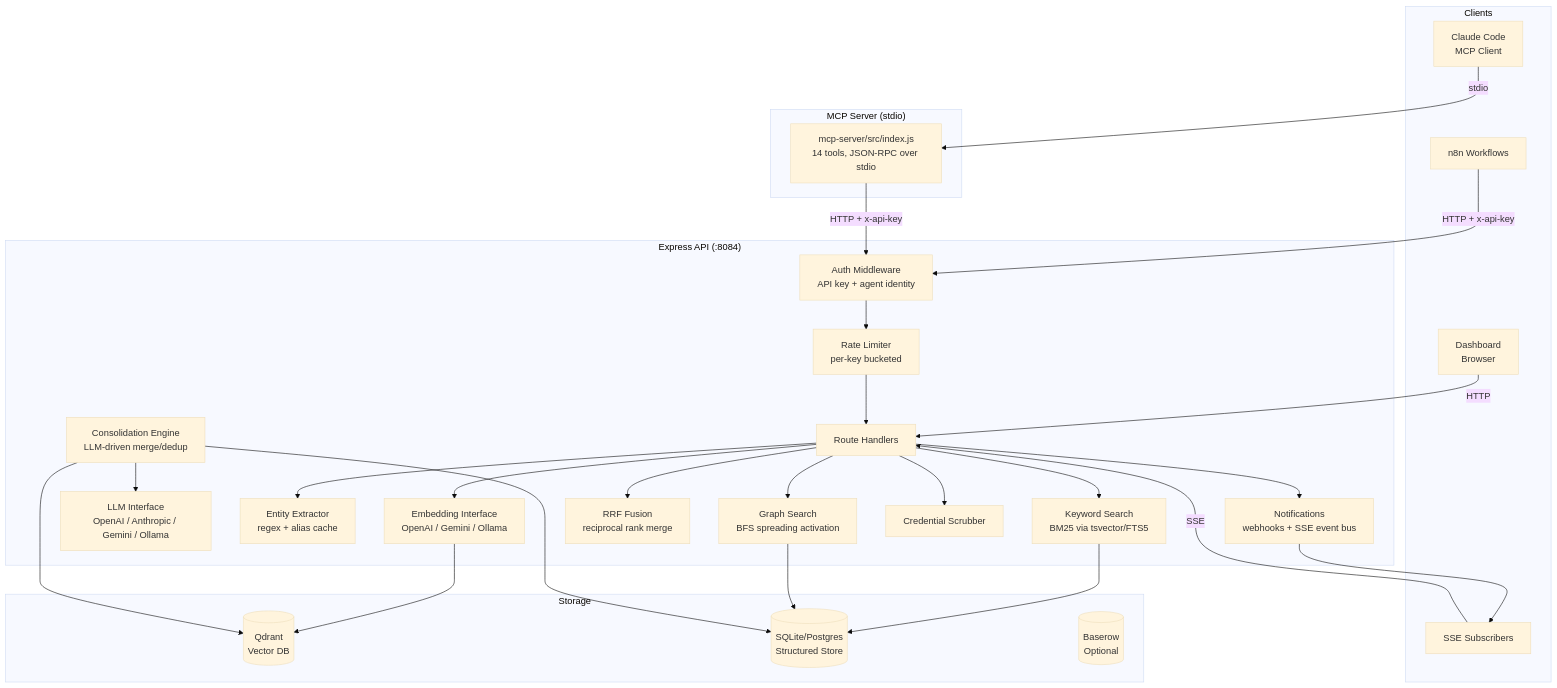
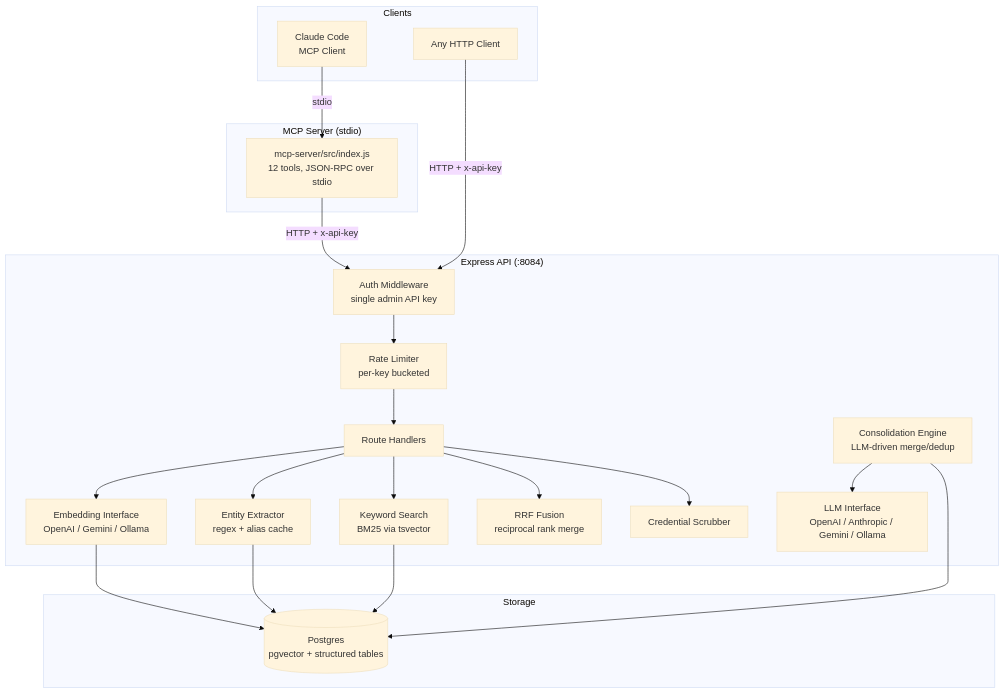
The first of 4 diagrams in docs/architecture.md (ZenSystemAI/Zengram), drawn with Mermaid (base theme) before and after one commit. The commit also changed other lines of this file and 14 other files, not shown here.

````diff
--- a/docs/architecture.md
+++ b/docs/architecture.md
@@ -7,52 +7,41 @@
 ```mermaid
 graph TB
     subgraph Clients
         CC[Claude Code<br>MCP Client]
-        N8N[n8n Workflows]
-        WEB[Dashboard<br>Browser]
-        SSE[SSE Subscribers]
+        HTTP[Any HTTP Client]
     end
 
     subgraph MCP["MCP Server (stdio)"]
-        MCP_S[mcp-server/src/index.js<br>14 tools, JSON-RPC over stdio]
+        MCP_S[mcp-server/src/index.js<br>12 tools, JSON-RPC over stdio]
     end
 
     subgraph API["Express API (:8084)"]
-        AUTH[Auth Middleware<br>API key + agent identity]
+        AUTH[Auth Middleware<br>single admin API key]
         RL[Rate Limiter<br>per-key bucketed]
         ROUTES[Route Handlers]
         EMBED[Embedding Interface<br>OpenAI / Gemini / Ollama]
         LLM_I[LLM Interface<br>OpenAI / Anthropic / Gemini / Ollama]
         ENT[Entity Extractor<br>regex + alias cache]
-        KW[Keyword Search<br>BM25 via tsvector/FTS5]
-        GS[Graph Search<br>BFS spreading activation]
+        KW[Keyword Search<br>BM25 via tsvector]
         RRF[RRF Fusion<br>reciprocal rank merge]
         CONS[Consolidation Engine<br>LLM-driven merge/dedup]
-        NOTIF[Notifications<br>webhooks + SSE event bus]
         SCRUB[Credential Scrubber]
     end
 
     subgraph Storage
-        QD[(Qdrant<br>Vector DB)]
-        SQL[(SQLite/Postgres<br>Structured Store)]
-        BR[(Baserow<br>Optional)]
+        PG[(Postgres<br>pgvector + structured tables)]
     end
 
     CC -->|stdio| MCP_S
     MCP_S -->|HTTP + x-api-key| AUTH
-    N8N -->|HTTP + x-api-key| AUTH
-    WEB -->|HTTP| ROUTES
-    SSE -->|SSE| ROUTES
+    HTTP -->|HTTP + x-api-key| AUTH
 
     AUTH --> RL --> ROUTES
-    ROUTES --> EMBED --> QD
-    ROUTES --> ENT
-    ROUTES --> KW --> SQL
-    ROUTES --> GS --> SQL
+    ROUTES --> EMBED --> PG
+    ROUTES --> ENT --> PG
+    ROUTES --> KW --> PG
     ROUTES --> RRF
-    ROUTES --> NOTIF --> SSE
     CONS --> LLM_I
-    CONS --> QD
-    CONS --> SQL
+    CONS --> PG
     ROUTES --> SCRUB
 ```
````
